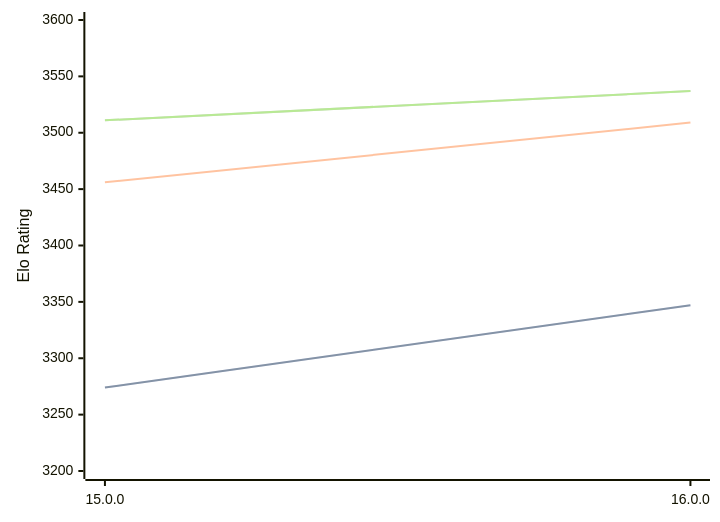
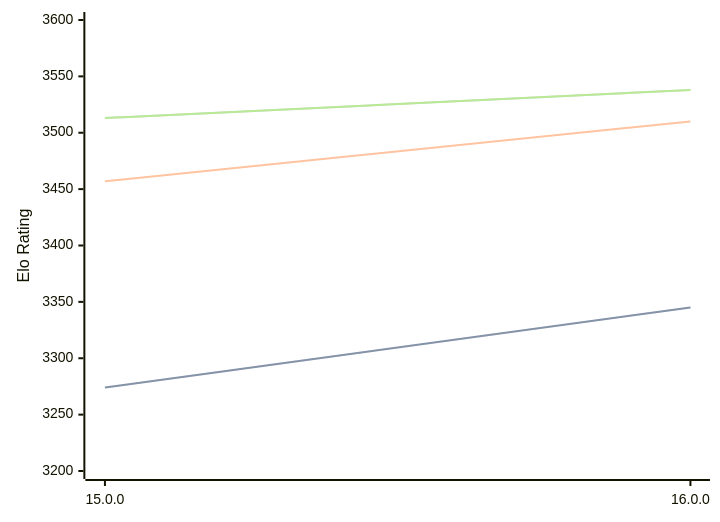
Before and after one commit to computer-chess-index/cci: the first of 3 diagrams in engines/Halogen.md, drawn with Mermaid. The commit also changed other lines of this file, not shown here.

Commit message:
Update CCI Ratings (ELO VLTC) - 2026-06-24

````diff
--- a/engines/Halogen.md
+++ b/engines/Halogen.md
@@ -50,11 +50,11 @@
 ```mermaid
 %%{init: {"theme":"base","themeVariables":{"seriesColors:['#a3a3a3','#222221','#faa371']}}}%%
 xychart-beta
   x-axis ["15.0.0", "16.0.0"]
   y-axis "Elo Rating" 3200 --> 3600
-  line "STC (8.0+0.08s)" [3274, 3347]
-  line "STC (8.0+0.08s)" [3274, 3347]
-  line "LTC (60.0+0.60s)" [3456, 3509]
-  line "VLTC (2m24s+1.12s)" [3511, 3537]
-  line "VLTC (2m24s+1.12s)" [3511, 3537]
+  line "STC (8.0+0.08s)" [3274, 3345]
+  line "STC (8.0+0.08s)" [3274, 3345]
+  line "LTC (60.0+0.60s)" [3457, 3510]
+  line "VLTC (2m24s+1.12s)" [3513, 3538]
+  line "VLTC (2m24s+1.12s)" [3513, 3538]
 ```
````
